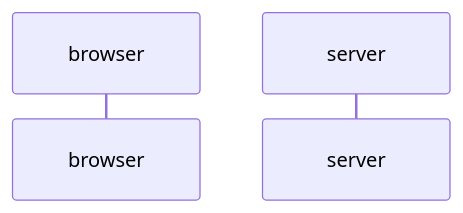
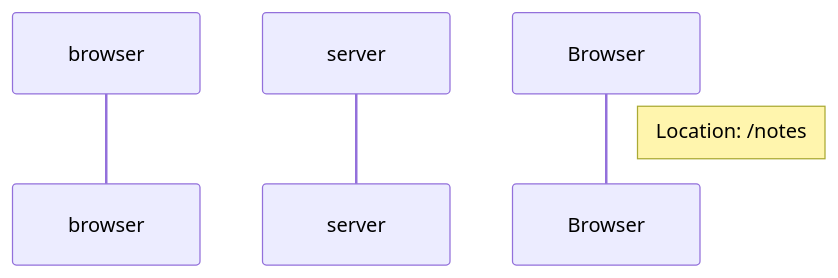
The diagram in 0.5 Single Page App diagram.md (karloag/FullStackOpen_part0), drawn with Mermaid before and after one commit.

Commit message:
location

````diff
--- a/0.5 Single Page App diagram.md
+++ b/0.5 Single Page App diagram.md
@@ -1,5 +1,6 @@
 ```mermaid 
 sequenceDiagram
 participant browser 
 participant server 
-```
+note right of Browser: Location: /notes
+``` 
````
